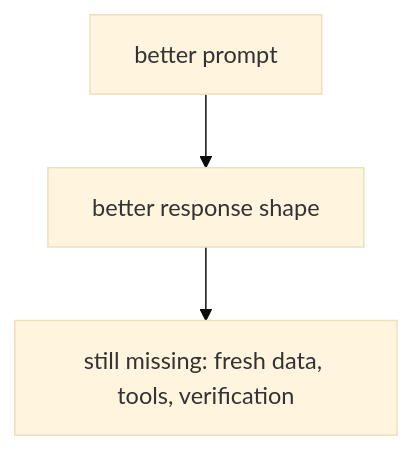
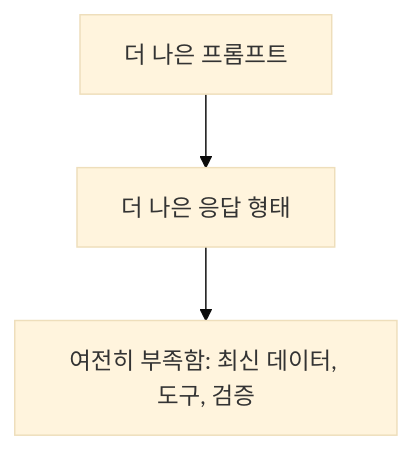
Before and after one commit to devchan64/AiBook: the diagram in docs/assets/part-06/chapter-09/p6-c09-s02-diagram-01-ko.mmd, drawn with Mermaid (base theme). The commit also changed 139 other files, not shown here.

Commit message:
part6: expand beginner examples and diagram updates

```diff
--- a/docs/assets/part-06/chapter-09/p6-c09-s02-diagram-01-ko.mmd
+++ b/docs/assets/part-06/chapter-09/p6-c09-s02-diagram-01-ko.mmd
@@ -1,7 +1,7 @@
 flowchart TD
-  A["better prompt"]
-  B["better response shape"]
-  C["still missing: fresh data, tools, verification"]
+  A["더 나은 프롬프트"]
+  B["더 나은 응답 형태"]
+  C["여전히 부족함: 최신 데이터, 도구, 검증"]
 
   A --> B
   B --> C
```
